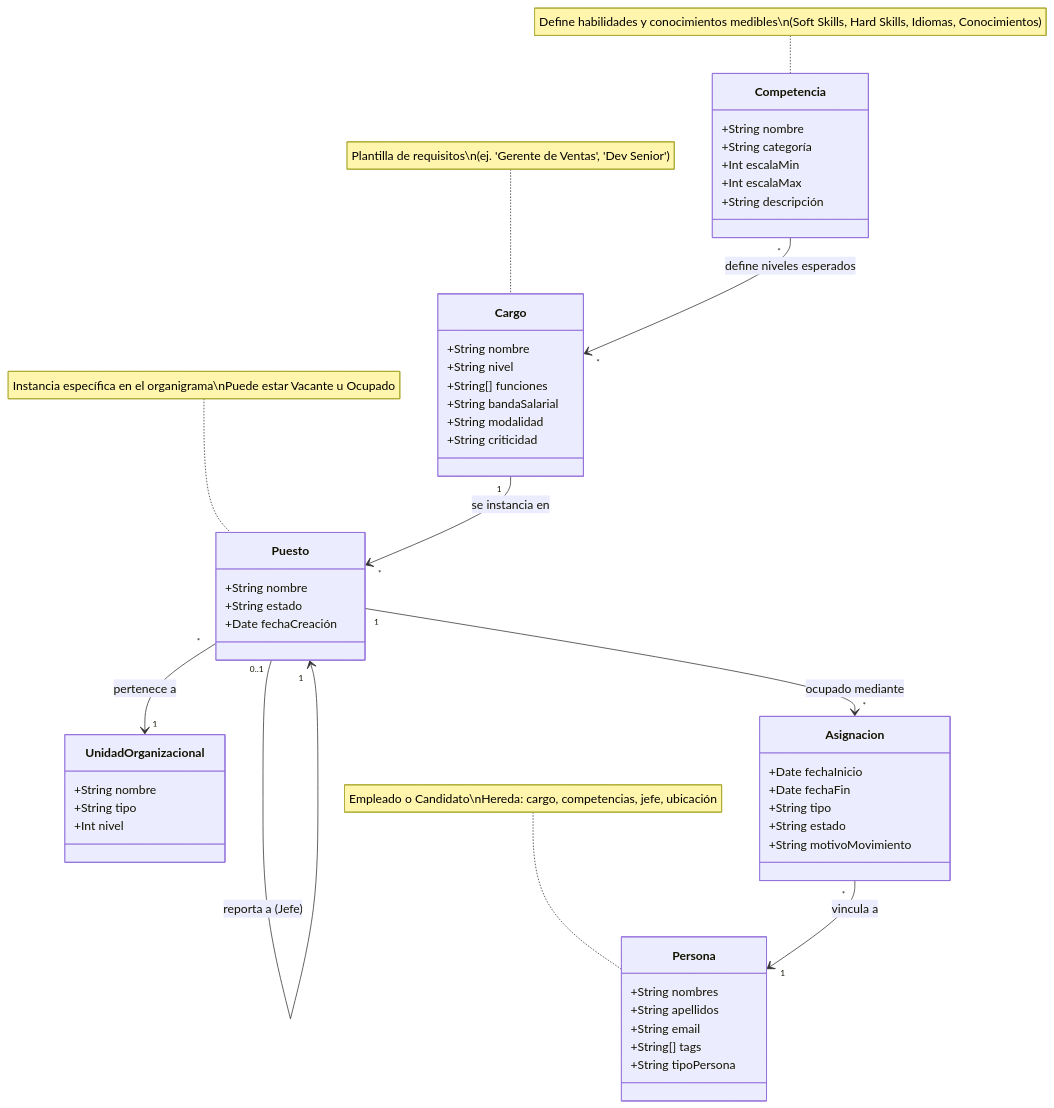
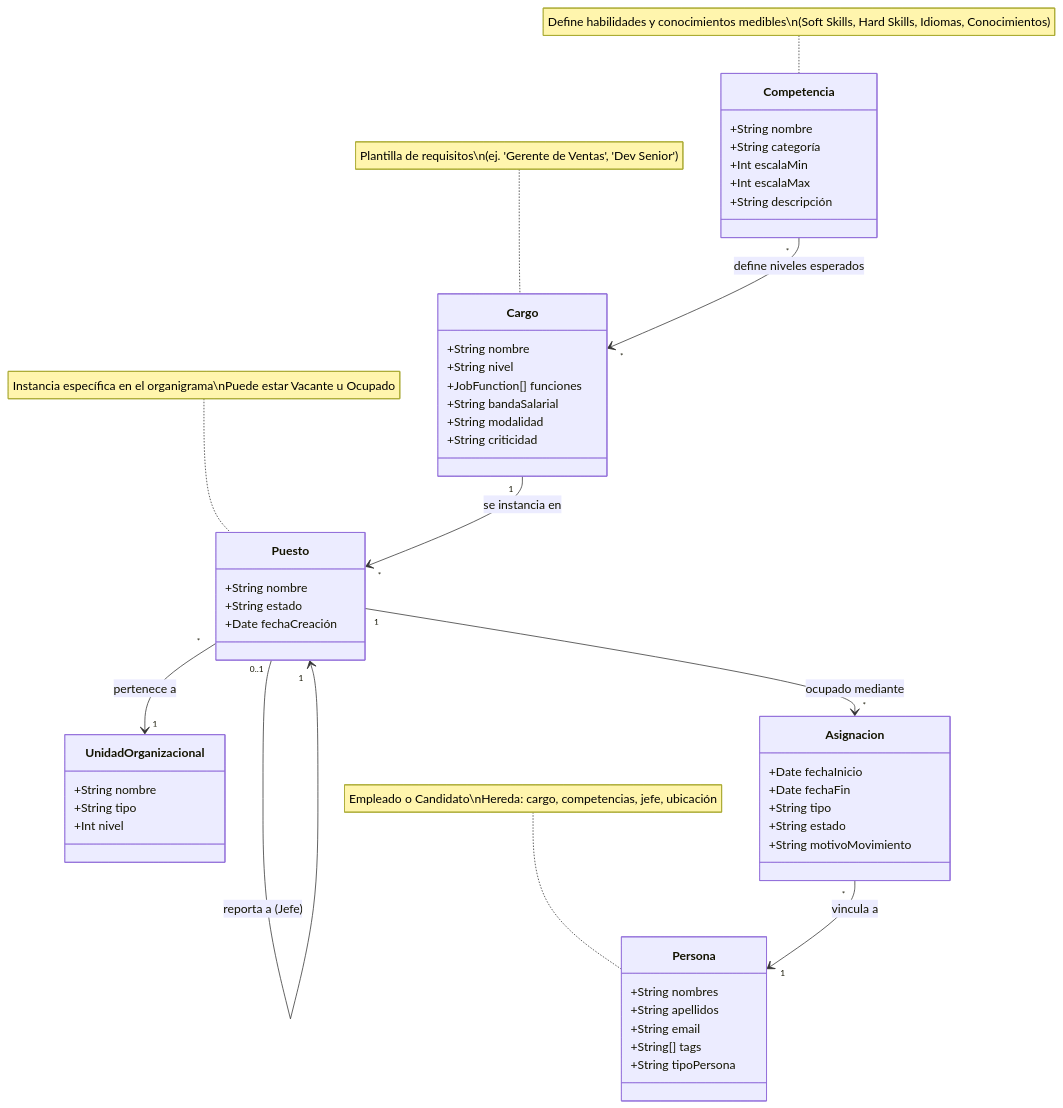
Before and after one commit to kaleidolabco/scenariojobs-frontend-admin-react: the first of 2 diagrams in CONTEXT.md, drawn with Mermaid. The commit also changed other lines of this file, not shown here.

Commit message:
Se actualiza documentación para cargos y sus funciones

````diff
--- a/CONTEXT.md
+++ b/CONTEXT.md
@@ -128,59 +128,59 @@
 ```mermaid
 classDiagram
     class Competencia {
         +String nombre
         +String categoría
         +Int escalaMin
         +Int escalaMax
         +String descripción
     }
     
     class Cargo {
         +String nombre
         +String nivel
-        +String[] funciones
+        +JobFunction[] funciones
         +String bandaSalarial
         +String modalidad
         +String criticidad
     }
     
     class Puesto {
         +String nombre
         +String estado
         +Date fechaCreación
     }
     
     class UnidadOrganizacional {
         +String nombre
         +String tipo
         +Int nivel
     }
     
     class Asignacion {
         +Date fechaInicio
         +Date fechaFin
         +String tipo
         +String estado
         +String motivoMovimiento
     }
     
     class Persona {
         +String nombres
         +String apellidos
         +String email
         +String[] tags
         +String tipoPersona
     }
     
     Competencia "*" --> "*" Cargo : define niveles esperados
     Cargo "1" --> "*" Puesto : se instancia en
     Puesto "*" --> "1" UnidadOrganizacional : pertenece a
     Puesto "0..1" --> "1" Puesto : reporta a (Jefe)
     Puesto "1" --> "*" Asignacion : ocupado mediante
     Asignacion "*" --> "1" Persona : vincula a
     
     note for Competencia "Define habilidades y conocimientos medibles\n(Soft Skills, Hard Skills, Idiomas, Conocimientos)"
     note for Cargo "Plantilla de requisitos\n(ej. 'Gerente de Ventas', 'Dev Senior')"
     note for Puesto "Instancia específica en el organigrama\nPuede estar Vacante u Ocupado"
     note for Persona "Empleado o Candidato\nHereda: cargo, competencias, jefe, ubicación"
 ```
````
